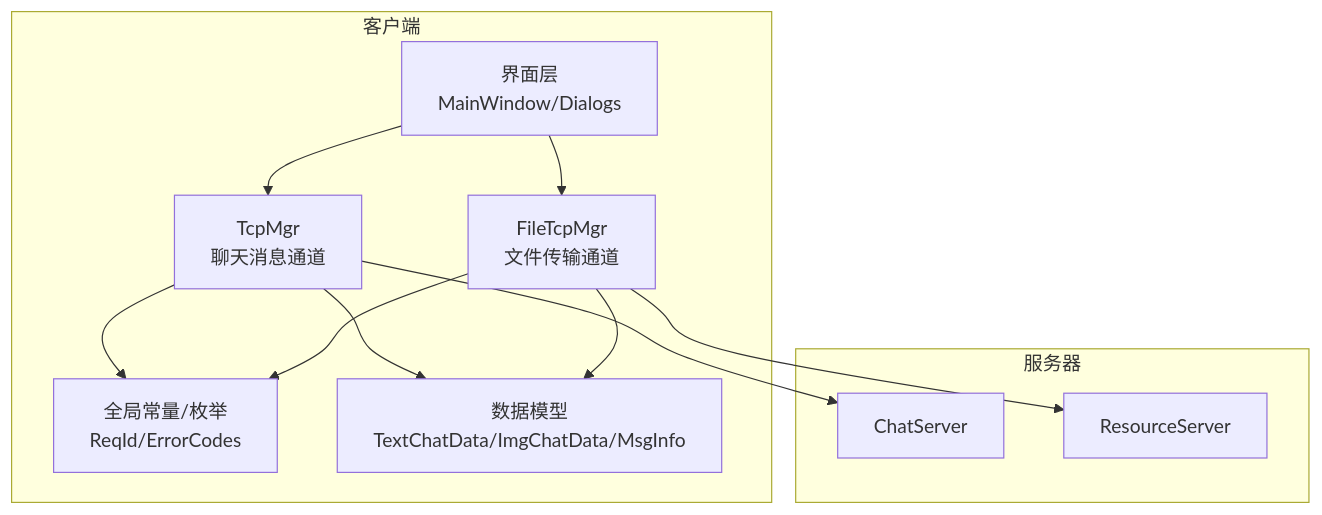
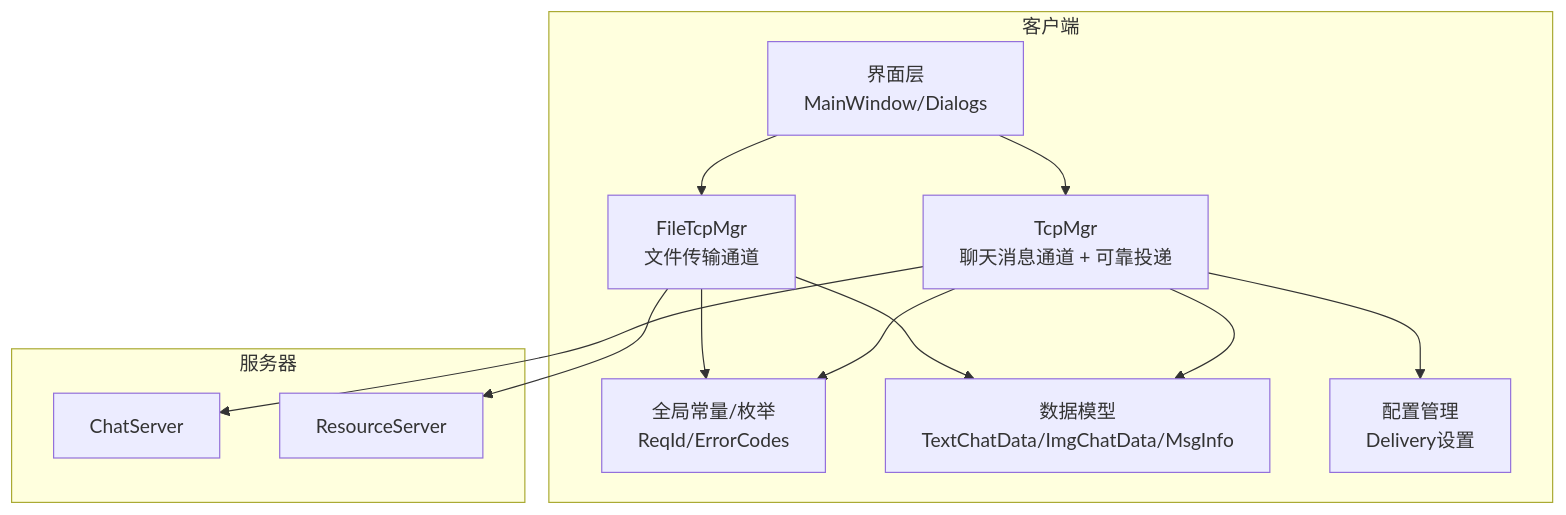
One commit to echo9923/mychatter changed the first of 12 diagrams in .qoder/repowiki/zh/content/客户端开发/网络通信/TCP通信.md. Above: the diagram before and after it, drawn with Mermaid. The commit also changed other lines of this file and 54 other files, not shown here.

````diff
--- a/.qoder/repowiki/zh/content/客户端开发/网络通信/TCP通信.md
+++ b/.qoder/repowiki/zh/content/客户端开发/网络通信/TCP通信.md
@@ -44,22 +56,24 @@
 ```mermaid
 graph TB
 subgraph "客户端"
 UI["界面层<br/>MainWindow/Dialogs"]
-TcpMgr["TcpMgr<br/>聊天消息通道"]
+TcpMgr["TcpMgr<br/>聊天消息通道 + 可靠投递"]
 FileTcpMgr["FileTcpMgr<br/>文件传输通道"]
 Global["全局常量/枚举<br/>ReqId/ErrorCodes"]
 UserData["数据模型<br/>TextChatData/ImgChatData/MsgInfo"]
+Config["配置管理<br/>Delivery设置"]
 end
 subgraph "服务器"
 ChatServer["ChatServer"]
 ResourceServer["ResourceServer"]
 end
 UI --> TcpMgr
 UI --> FileTcpMgr
 TcpMgr --> Global
 TcpMgr --> UserData
+TcpMgr --> Config
 FileTcpMgr --> Global
 FileTcpMgr --> UserData
 TcpMgr --> ChatServer
 FileTcpMgr --> ResourceServer
 ```
````
